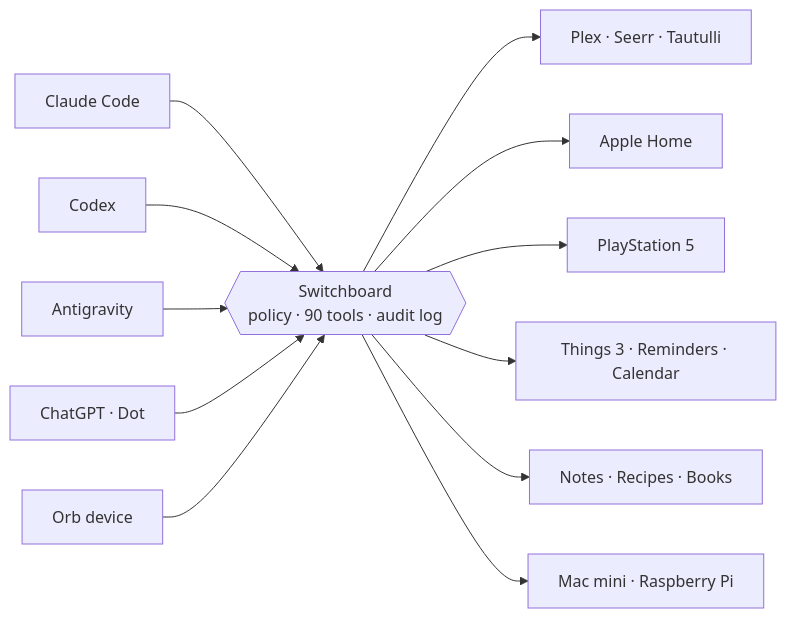
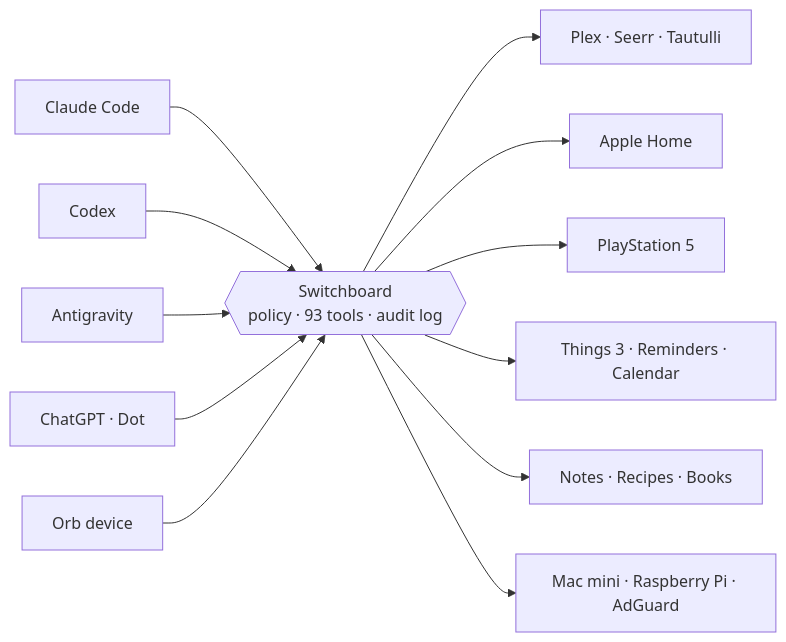
The diagram in README.md (shhish/switchboard), drawn with Mermaid before and after one commit. The commit also changed other lines of this file and 14 other files, not shown here.

````diff
--- a/README.md
+++ b/README.md
@@ -40,17 +41,17 @@
 ```mermaid
 flowchart LR
   CC["Claude Code"] --> SB
   CX["Codex"] --> SB
   AG["Antigravity"] --> SB
   GPT["ChatGPT · Dot"] --> SB
   ORB["Orb device"] --> SB
 
-  SB{{"Switchboard<br/>policy · 90 tools · audit log"}}
+  SB{{"Switchboard<br/>policy · 93 tools · audit log"}}
 
   SB --> MEDIA["Plex · Seerr · Tautulli"]
   SB --> HOME["Apple Home"]
   SB --> PS5["PlayStation 5"]
   SB --> LIFE["Things 3 · Reminders · Calendar"]
   SB --> MIND["Notes · Recipes · Books"]
-  SB --> OPS["Mac mini · Raspberry Pi"]
+  SB --> OPS["Mac mini · Raspberry Pi · AdGuard"]
 ```
````
